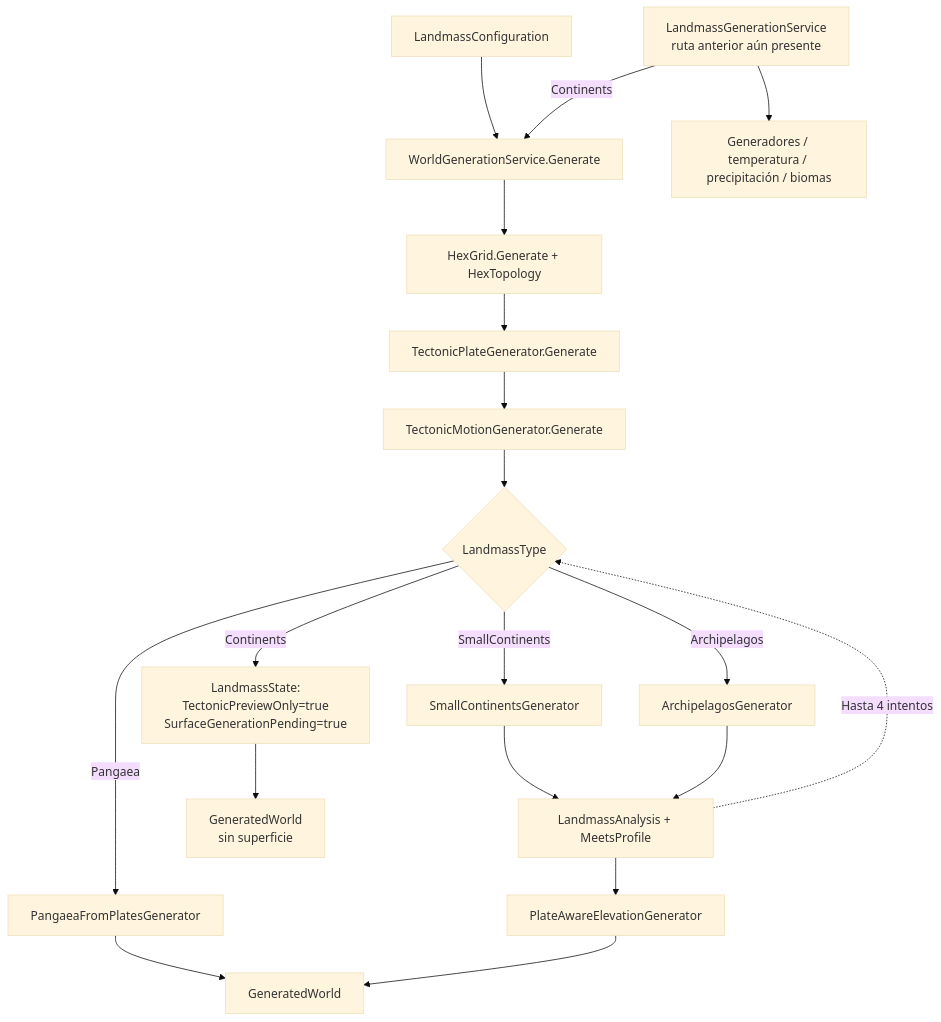
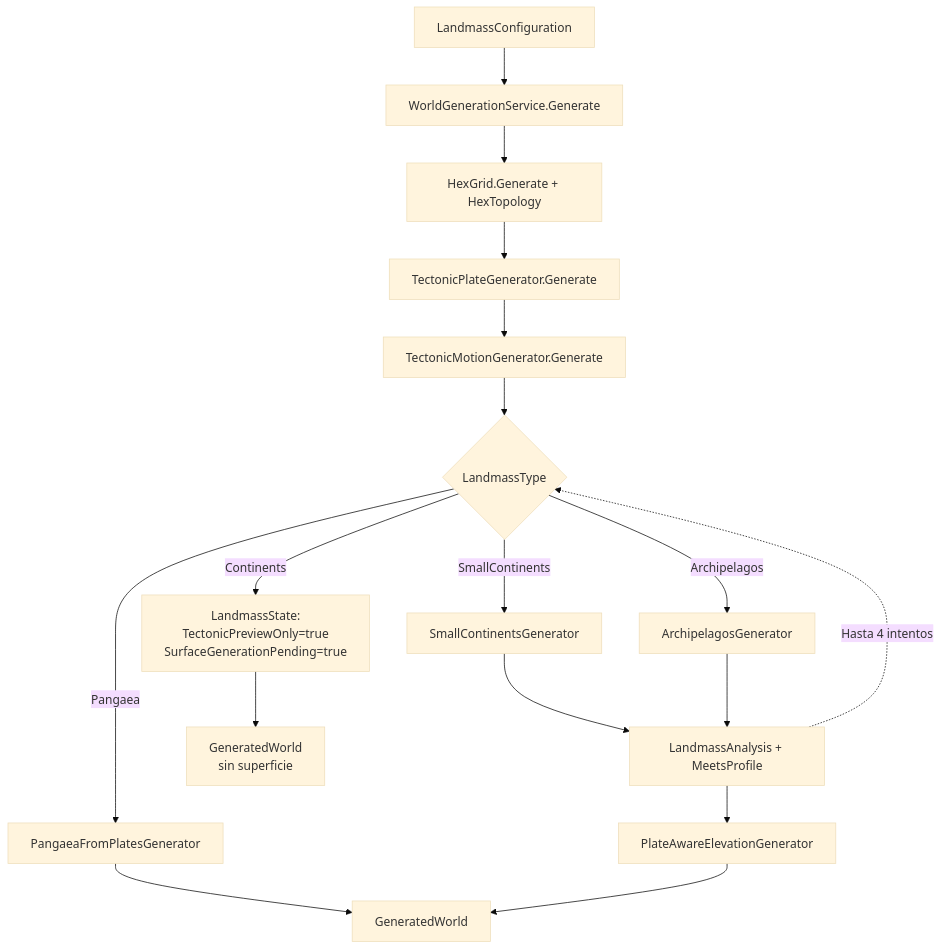
One commit to fgabo404/Evolve changed the second of 4 diagrams in GEvolve.Engine/WORLD_GENERATION_ARCHITECTURE.md. Above: the diagram before and after it, drawn with Mermaid (base theme). The commit also changed other lines of this file and 6 other files, not shown here.

Commit message:
refactor(worldgen): enforce universal plates in landmass generation contracts

````diff
--- a/GEvolve.Engine/WORLD_GENERATION_ARCHITECTURE.md
+++ b/GEvolve.Engine/WORLD_GENERATION_ARCHITECTURE.md
@@ -105,22 +88,20 @@
 ```mermaid
 flowchart TD
     C["LandmassConfiguration"] --> S["WorldGenerationService.Generate"]
     S --> G["HexGrid.Generate + HexTopology"]
     G --> P["TectonicPlateGenerator.Generate"]
     P --> M["TectonicMotionGenerator.Generate"]
     M --> T{"LandmassType"}
     T -->|Continents| Pending["LandmassState:<br/>TectonicPreviewOnly=true<br/>SurfaceGenerationPending=true"]
     T -->|Pangaea| PG["PangaeaFromPlatesGenerator"]
     T -->|SmallContinents| SG["SmallContinentsGenerator"]
     T -->|Archipelagos| AG["ArchipelagosGenerator"]
     SG --> A["LandmassAnalysis + MeetsProfile"]
     AG --> A
     A --> R["PlateAwareElevationGenerator"]
     PG --> Result["GeneratedWorld"]
     R --> Result
     Pending --> Partial["GeneratedWorld<br/>sin superficie"]
     A -. "Hasta 4 intentos" .-> T
 
-    Legacy["LandmassGenerationService<br/>ruta anterior aún presente"] --> Old["Generadores / temperatura / precipitación / biomas"]
-    Legacy -->|Continents| S
 ```
````
